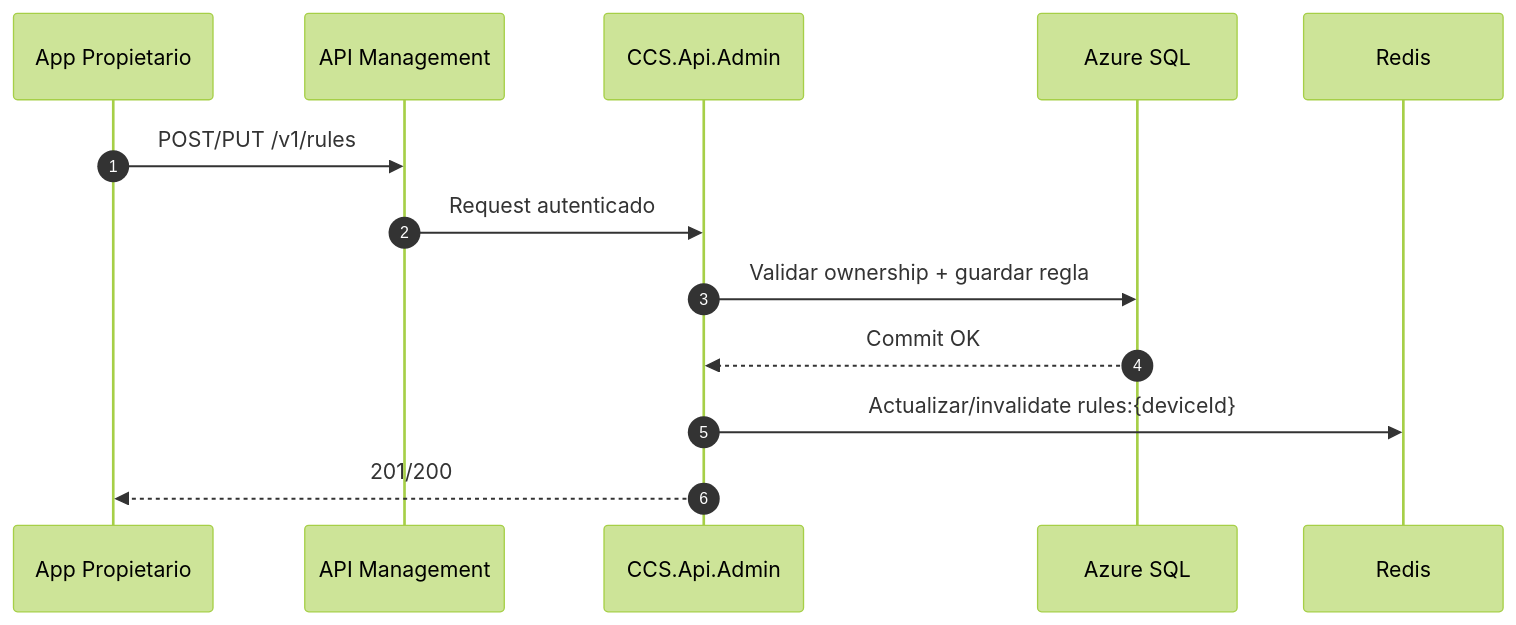
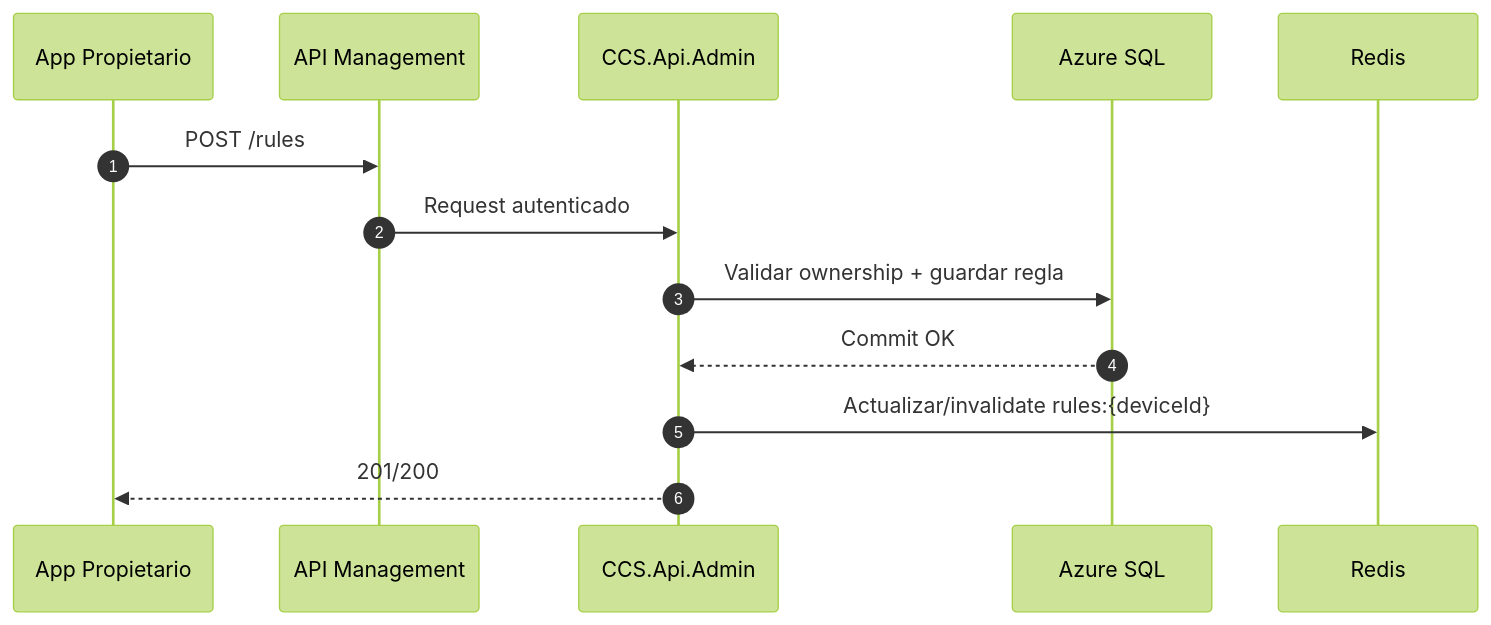
One commit to NicolasTorres11/ccs-central-periferia changed the fourth of 4 diagrams in docs/sequence-diagrams.md. Above: the diagram before and after it, drawn with Mermaid (forest theme). The commit also changed other lines of this file and 2 other files, not shown here.

````diff
--- a/docs/sequence-diagrams.md
+++ b/docs/sequence-diagrams.md
@@ -80,16 +80,16 @@
 ```mermaid
 sequenceDiagram
   autonumber
   participant U as App Propietario
   participant APIM as API Management
   participant A as CCS.Api.Admin
   participant SQL as Azure SQL
   participant R as Redis
 
-  U->>APIM: POST/PUT /v1/rules
+  U->>APIM: POST /rules
   APIM->>A: Request autenticado
   A->>SQL: Validar ownership + guardar regla
   SQL-->>A: Commit OK
   A->>R: Actualizar/invalidate rules:{deviceId}
   A-->>U: 201/200
 ```
````
